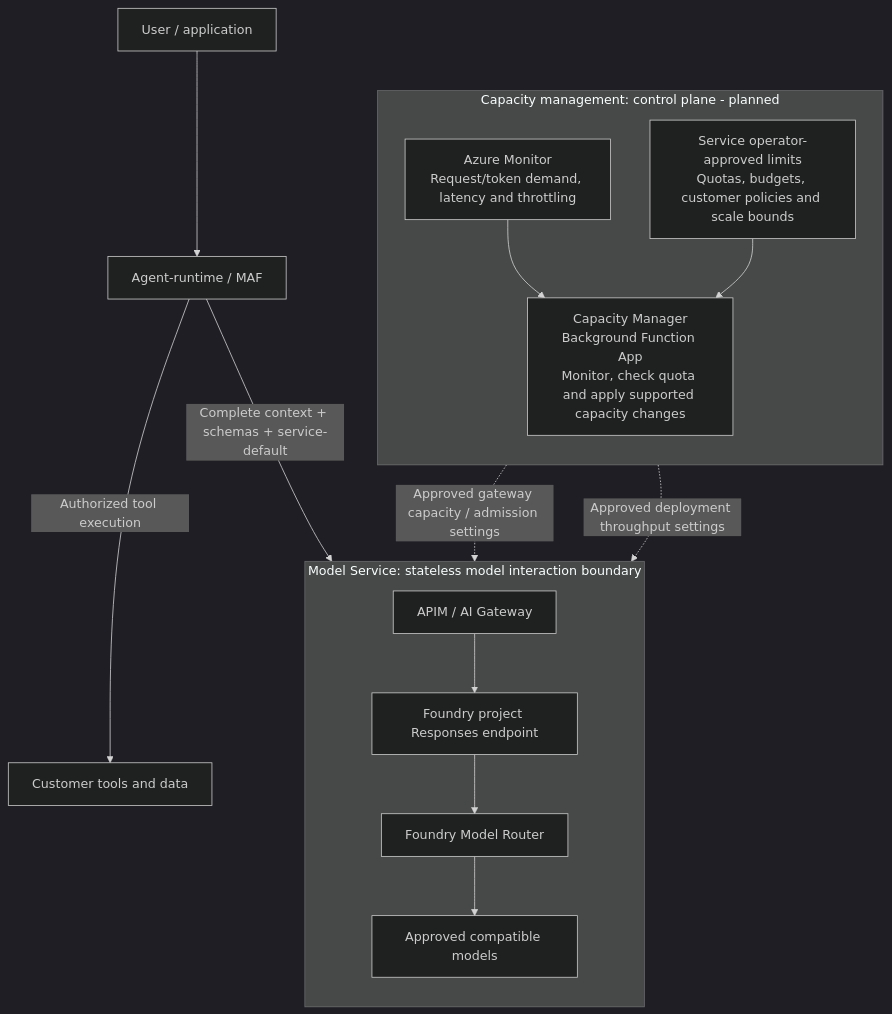
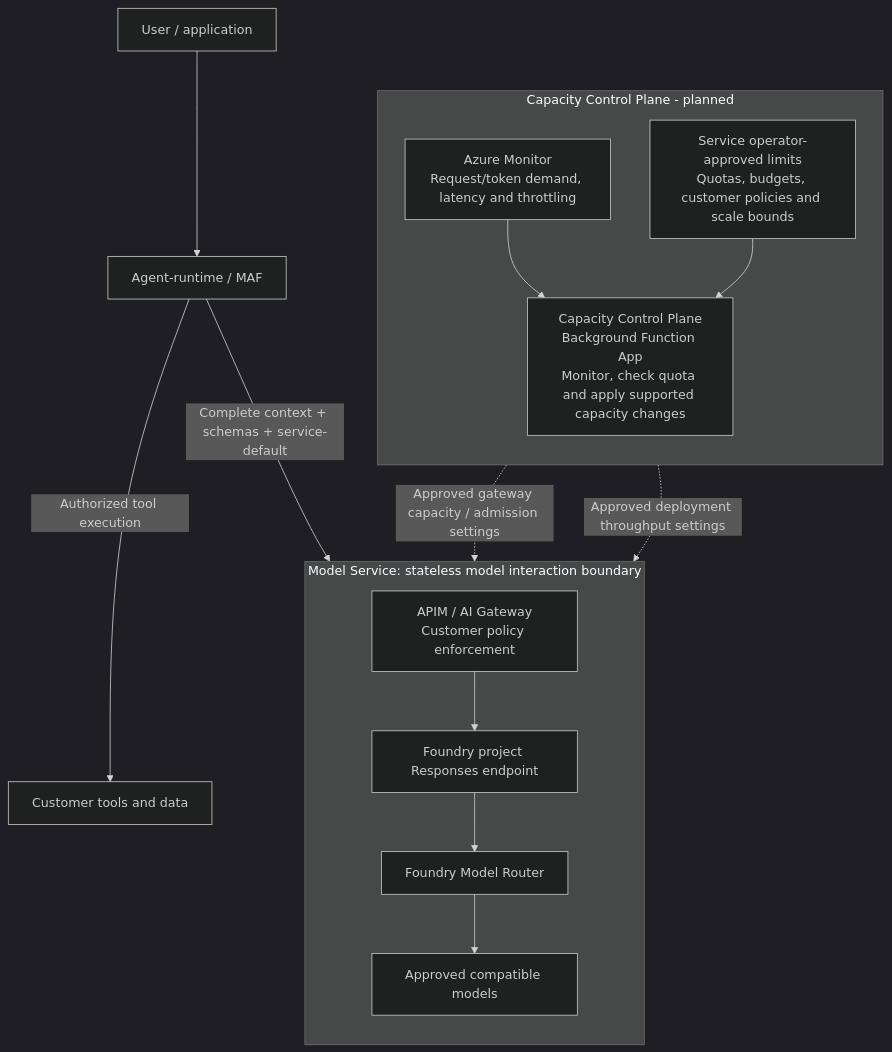
One commit to swapnil-nagar/model-service-pocs changed the diagram in 09-stateless-model-router/proposal.md. Above: the diagram before and after it, drawn with Mermaid (dark theme). The commit also changed other lines of this file, not shown here.

Commit message:
Rename capacity control plane and document customer onboarding

````diff
--- a/09-stateless-model-router/proposal.md
+++ b/09-stateless-model-router/proposal.md
@@ -56,22 +56,22 @@
 ```mermaid
 flowchart TB
-    subgraph CP["Capacity management: control plane - planned"]
+    subgraph CP["Capacity Control Plane - planned"]
         direction TB
         MON["Azure Monitor<br/>Request/token demand, latency and throttling"]
         POL["Service operator-approved limits<br/>Quotas, budgets, customer policies and scale bounds"]
-        CM["Capacity Manager<br/>Background Function App<br/>Monitor, check quota and apply supported capacity changes"]
-        MON --> CM
-        POL --> CM
+        CCP["Capacity Control Plane<br/>Background Function App<br/>Monitor, check quota and apply supported capacity changes"]
+        MON --> CCP
+        POL --> CCP
     end
     U["User / application"] --> R["Agent-runtime / MAF"]
     R -->|"Authorized tool execution"| T["Customer tools and data"]
     subgraph MS["Model Service: stateless model interaction boundary"]
         direction TB
-        G["APIM / AI Gateway"] --> P["Foundry project Responses endpoint"]
+        G["APIM / AI Gateway<br/>Customer policy enforcement"] --> P["Foundry project Responses endpoint"]
         P --> MR["Foundry Model Router"]
         MR --> M["Approved compatible models"]
     end
     R -->|"Complete context + schemas + service-default"| G
-    CM -.->|"Approved gateway capacity / admission settings"| G
-    CM -.->|"Approved deployment throughput settings"| MR
+    CCP -.->|"Approved gateway capacity / admission settings"| G
+    CCP -.->|"Approved deployment throughput settings"| MR
 ```
````
